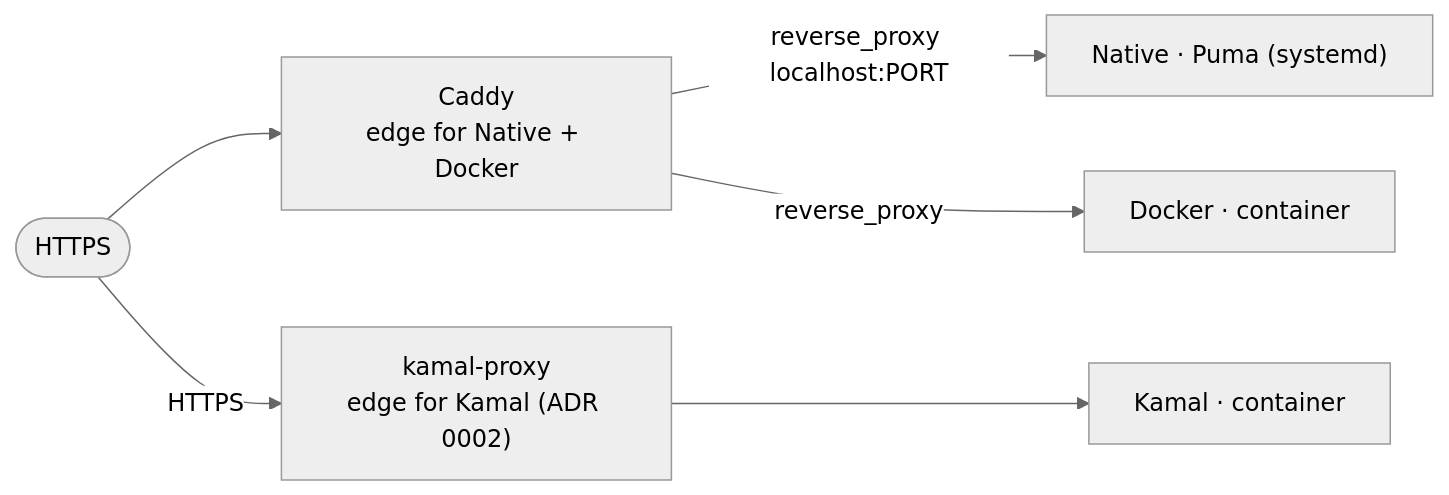
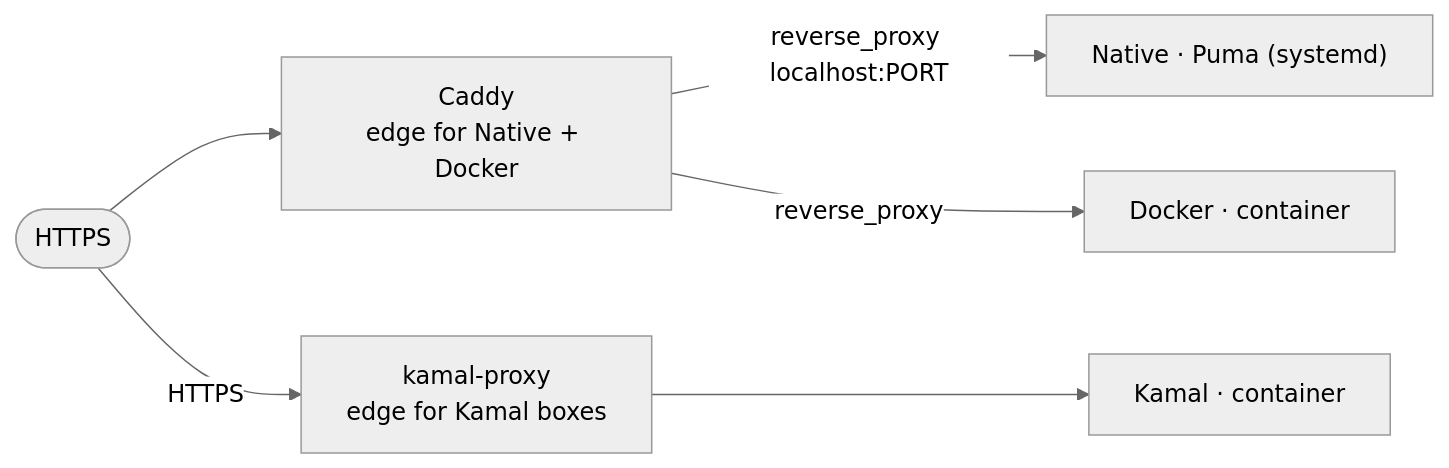
The third of 3 diagrams in docs/ARCHITECTURE.md (nauman/rails-conductor), drawn with Mermaid (neutral theme) before and after one commit. The commit also changed other lines of this file and 59 other files, not shown here.

First line of the commit message:
feat(deploy): Add edge-aware Kamal operations gateway

````diff
--- a/docs/ARCHITECTURE.md
+++ b/docs/ARCHITECTURE.md
@@ -72,8 +72,8 @@
 ```mermaid
 flowchart LR
     NET(["HTTPS"]) --> C["Caddy<br/>edge for Native + Docker"]
     C -->|reverse_proxy localhost:PORT| P1["Native · Puma (systemd)"]
     C -->|reverse_proxy| P2["Docker · container"]
-    NET -->|HTTPS| KP["kamal-proxy<br/>edge for Kamal (ADR 0002)"]
+    NET -->|HTTPS| KP["kamal-proxy<br/>edge for Kamal boxes"]
     KP --> P3["Kamal · container"]
 ```
````
